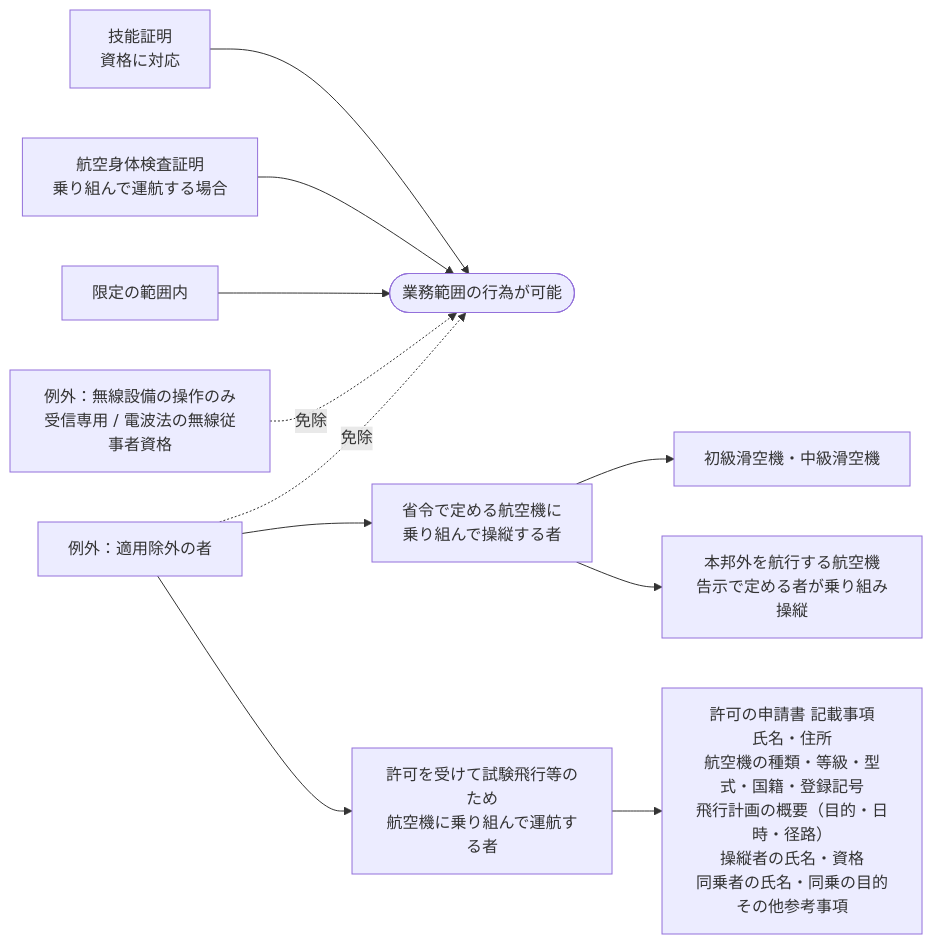
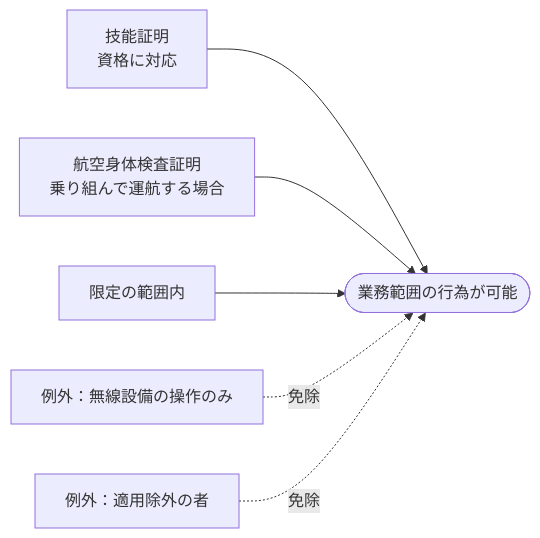
Before and after one commit to yonemotoBB/pil: the second of 3 diagrams in chapters/04_第四章.md, drawn with Mermaid. The commit also changed other lines of this file, not shown here.

First line of the commit message:
Split Article 28 into a condition flow and a definition class diagram

````diff
--- a/chapters/04_第四章.md
+++ b/chapters/04_第四章.md
@@ -137,17 +139,10 @@
 ```mermaid
 flowchart LR
     K["技能証明<br/>資格に対応"]
     M["航空身体検査証明<br/>乗り組んで運航する場合"]
     G["限定の範囲内"]
     K & M & G --> P(["業務範囲の行為が可能"])
 
-    EX1["例外：無線設備の操作のみ<br/>受信専用 / 電波法の無線従事者資格"] -. 免除 .-> P
+    EX1["例外：無線設備の操作のみ"] -. 免除 .-> P
     EX2["例外：適用除外の者"] -. 免除 .-> P
-
-    EX2 --> A["省令で定める航空機に<br/>乗り組んで操縦する者"]
-    A --> A1["初級滑空機・中級滑空機"]
-    A --> A2["本邦外を航行する航空機<br/>告示で定める者が乗り組み操縦"]
-
-    EX2 --> B["許可を受けて試験飛行等のため<br/>航空機に乗り組んで運航する者"]
-    B --> B1["許可の申請書 記載事項<br/>氏名・住所<br/>航空機の種類・等級・型式・国籍・登録記号<br/>飛行計画の概要（目的・日時・径路）<br/>操縦者の氏名・資格<br/>同乗者の氏名・同乗の目的<br/>その他参考事項"]
 ```
````
